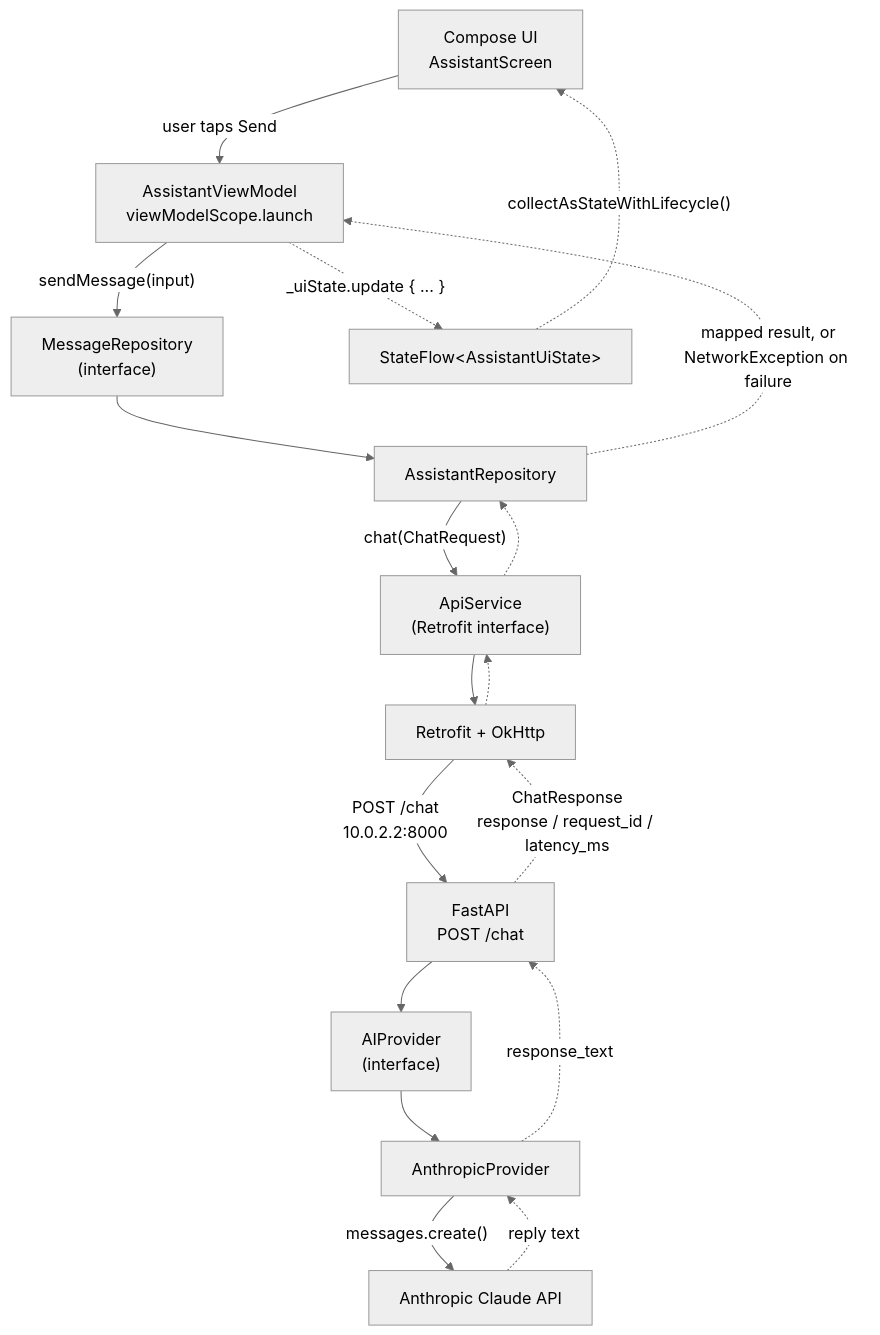
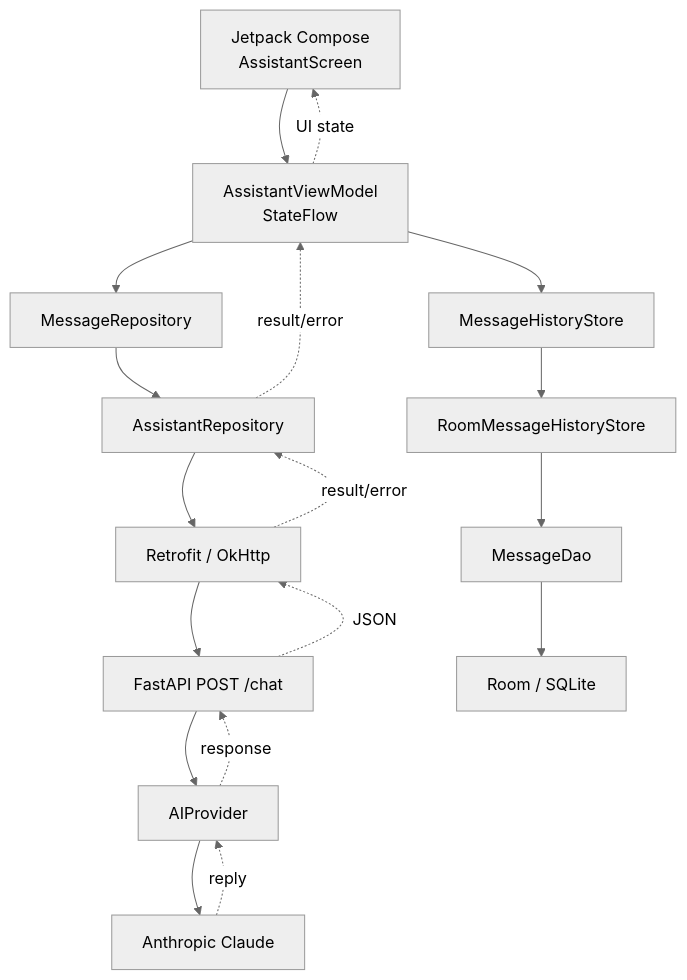
Before and after one commit to abheesh-03/android-ai-assistant: the diagram in mobile-ai-assistant/README.md, drawn with Mermaid (neutral theme). The commit also changed other lines of this file, not shown here.

Commit message:
docs(android): update README for multi-turn and Room

````diff
--- a/mobile-ai-assistant/README.md
+++ b/mobile-ai-assistant/README.md
@@ -142,21 +67,22 @@
 ```mermaid
 flowchart TD
-    UI["Compose UI\nAssistantScreen"] -->|"user taps Send"| VM["AssistantViewModel\nviewModelScope.launch"]
-    VM -->|"sendMessage(input)"| MR["MessageRepository\n(interface)"]
+    UI["Jetpack Compose\nAssistantScreen"] --> VM["AssistantViewModel\nStateFlow"]
+    VM --> MR["MessageRepository"]
     MR --> AR["AssistantRepository"]
-    AR -->|"chat(ChatRequest)"| API["ApiService\n(Retrofit interface)"]
-    API --> RO["Retrofit + OkHttp"]
-    RO -->|"POST /chat\n10.0.2.2:8000"| FA["FastAPI\nPOST /chat"]
-    FA --> AP["AIProvider\n(interface)"]
-    AP --> AN["AnthropicProvider"]
-    AN -->|"messages.create()"| CL["Anthropic Claude API"]
+    AR --> API["Retrofit / OkHttp"]
+    API --> FA["FastAPI POST /chat"]
+    FA --> AP["AIProvider"]
+    AP --> CL["Anthropic Claude"]
 
-    CL -.->|"reply text"| AN
-    AN -.->|"response_text"| FA
-    FA -.->|"ChatResponse\nresponse / request_id / latency_ms"| RO
-    RO -.-> API
-    API -.-> AR
-    AR -.->|"mapped result, or\nNetworkException on failure"| VM
-    VM -.->|"_uiState.update { ... }"| SF["StateFlow&lt;AssistantUiState&gt;"]
-    SF -.->|"collectAsStateWithLifecycle()"| UI
+    VM --> HS["MessageHistoryStore"]
+    HS --> RM["RoomMessageHistoryStore"]
+    RM --> DAO["MessageDao"]
+    DAO --> DB["Room / SQLite"]
+
+    CL -. reply .-> AP
+    AP -. response .-> FA
+    FA -. JSON .-> API
+    API -. result/error .-> AR
+    AR -. result/error .-> VM
+    VM -. UI state .-> UI
 ```
````
